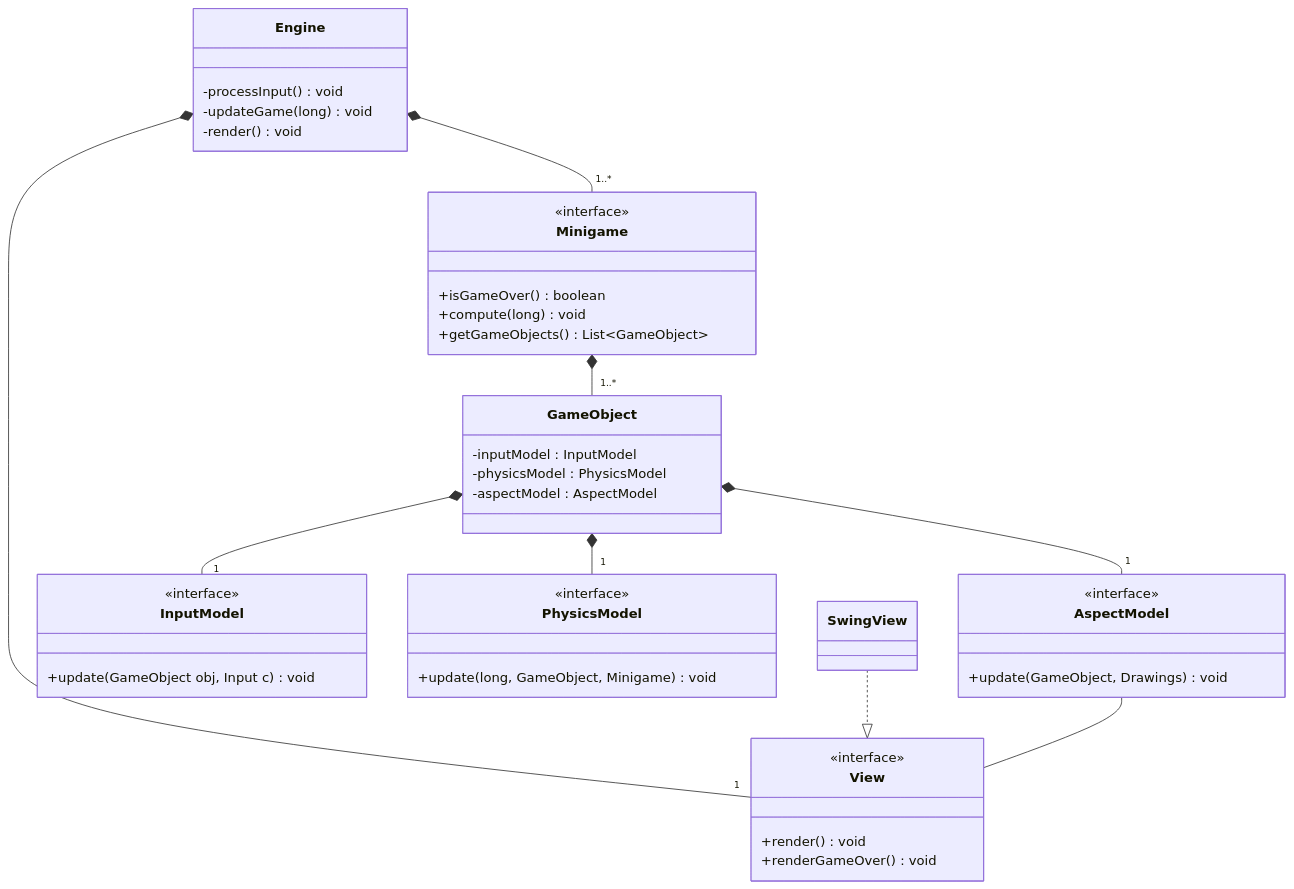
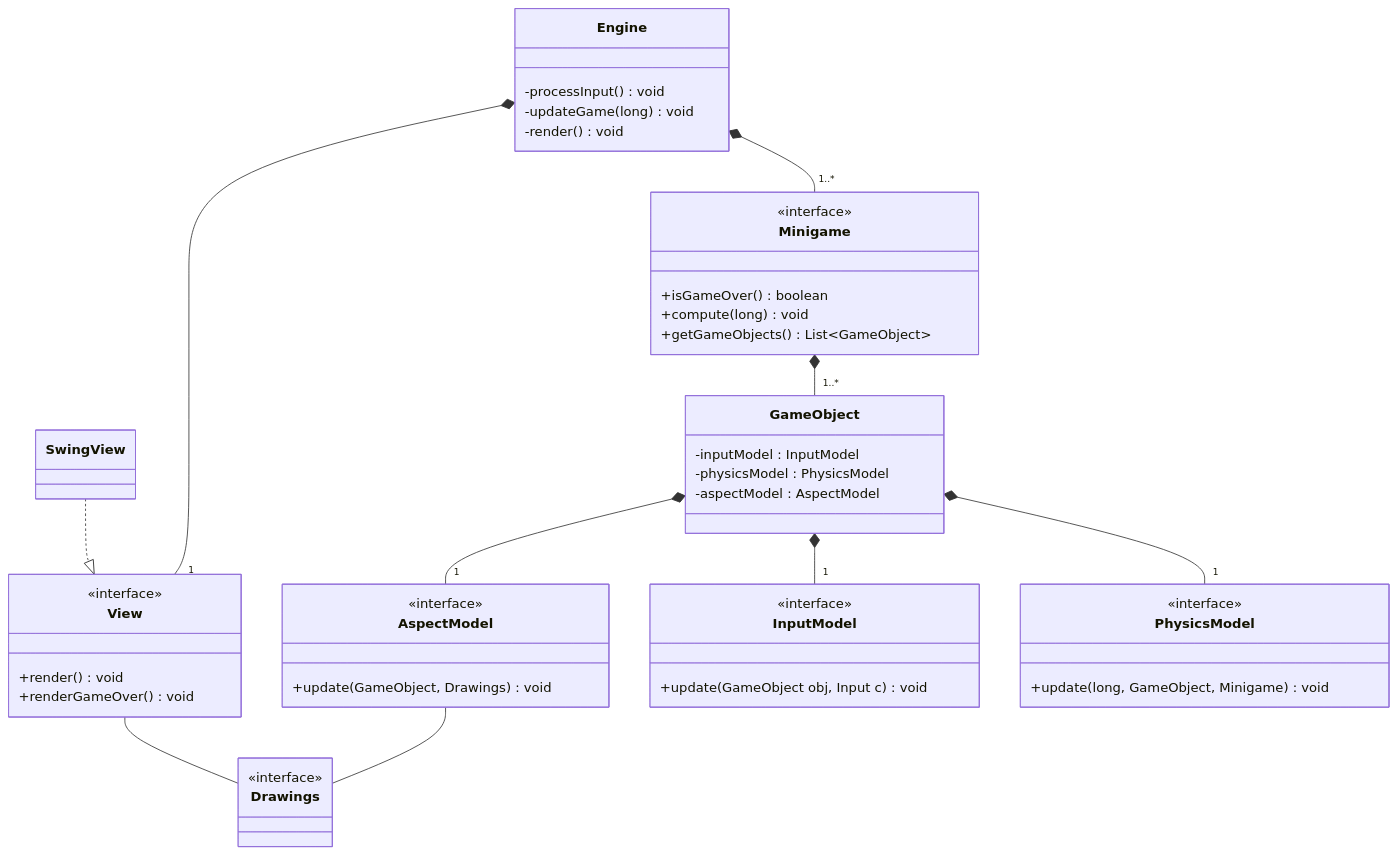
Before and after one commit to leo-tasso/OOP22-mtsk-game: the diagram in documentation/diagrams/architecture.md, drawn with Mermaid. The commit also changed 2 other files, not shown here.

Commit message:
Paragraph 2.1 written

```diff
--- a/documentation/diagrams/architecture.md
+++ b/documentation/diagrams/architecture.md
@@ -1,51 +1,56 @@
 ::: mermaid
 classDiagram
     Engine *-- "1..*" Minigame 
     Engine *-- "1" View
     SwingView ..|> View
     Minigame *-- "1..*" GameObject
+    GameObject *-- "1" AspectModel
     GameObject *-- "1" InputModel
     GameObject *-- "1" PhysicsModel
-    GameObject *-- "1" AspectModel
-    AspectModel -- View
+    AspectModel -- Drawings
+    View -- Drawings
 
     class Engine{
     -processInput() void
     -updateGame(long) void
     -render() void
     }
-
+    
+    class Drawings{
+        <<interface>>
+    }
+    
     class View{
     <<interface>>
     +render() void
     +renderGameOver() void
     }
 
     class Minigame{
     <<interface>>
     +isGameOver() boolean
     +compute(long) void
     +getGameObjects() List~GameObject~
     }
 
     class GameObject{
     -inputModel : InputModel 
     -physicsModel : PhysicsModel
     -aspectModel : AspectModel
     }
 
     class InputModel{
     <<interface>>
     +update(GameObject obj, Input c) void
     }
 
     class PhysicsModel{
     <<interface>>
     +update(long, GameObject, Minigame) void
     }
 
     class AspectModel{
     <<interface>>
     +update(GameObject, Drawings) void
     }
 :::
```
